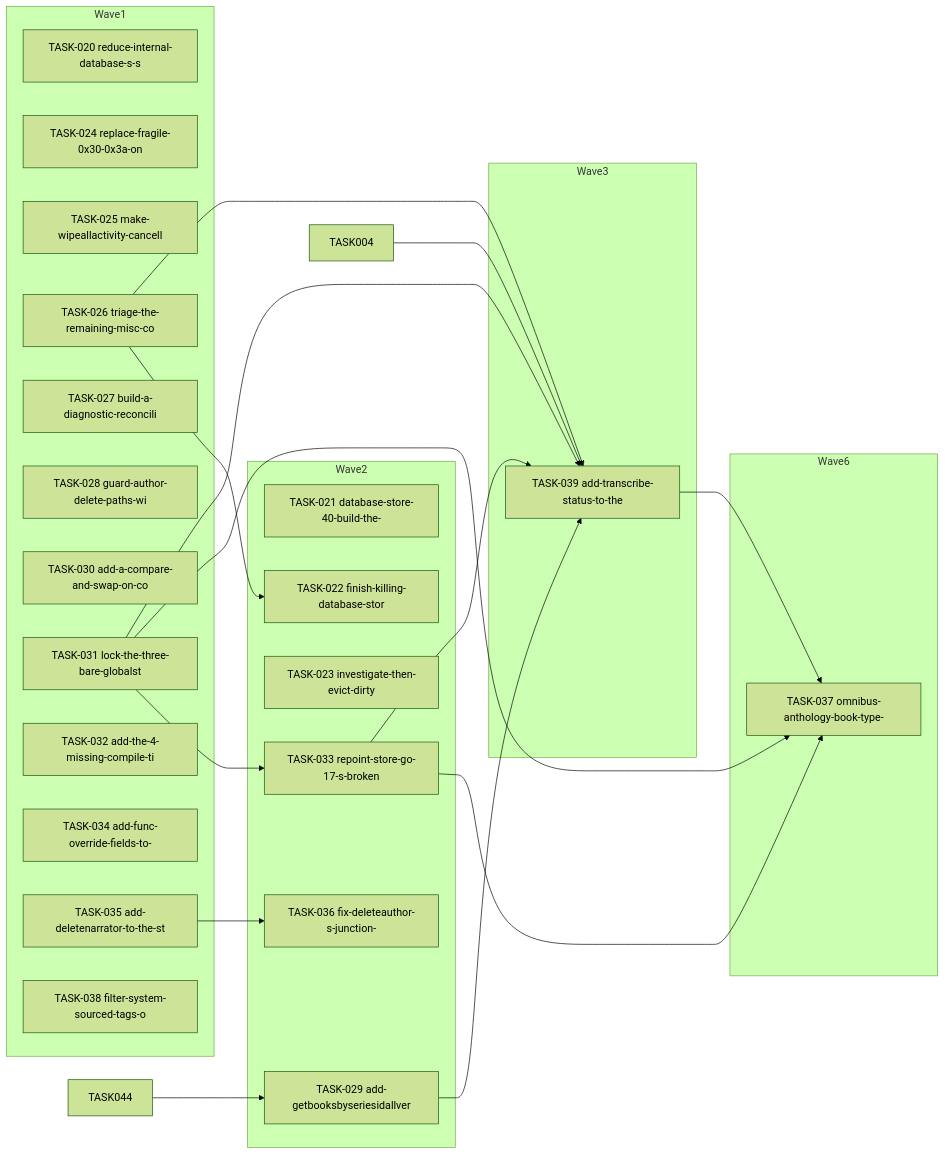
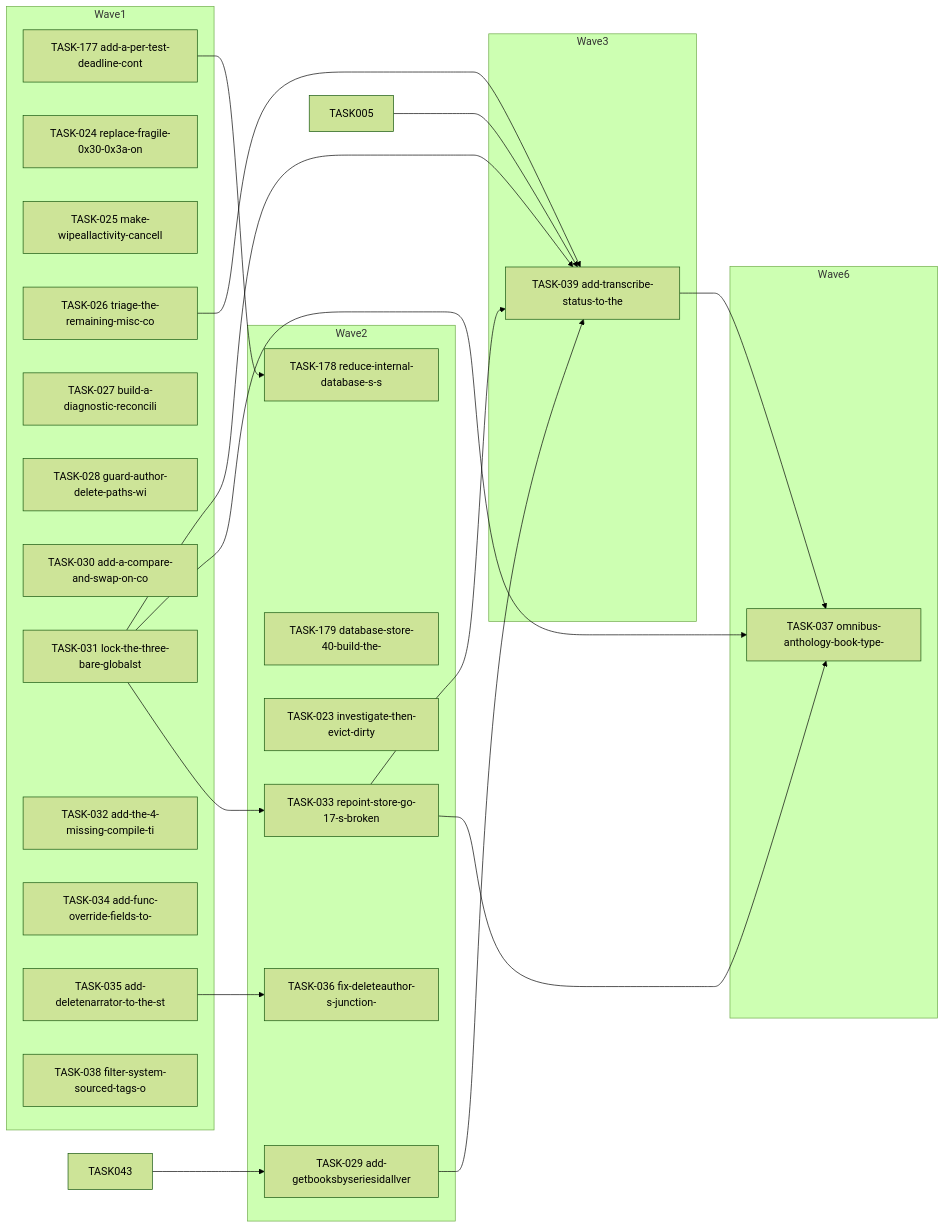
Before and after one commit to falkcorp/audiobook-organizer: the diagram in docs/agent-tasks/todo-completion/database/orchestration.md, drawn with Mermaid (forest theme). The commit also changed other lines of this file and 406 other files, not shown here.

````diff
--- a/docs/agent-tasks/todo-completion/database/orchestration.md
+++ b/docs/agent-tasks/todo-completion/database/orchestration.md
@@ -12,43 +12,43 @@
 ```mermaid
 flowchart LR
     subgraph Wave1
-      TASK020[TASK-020 reduce-internal-database-s-s]
+      TASK177[TASK-177 add-a-per-test-deadline-cont]
       TASK024[TASK-024 replace-fragile-0x30-0x3a-on]
       TASK025[TASK-025 make-wipeallactivity-cancell]
       TASK026[TASK-026 triage-the-remaining-misc-co]
       TASK027[TASK-027 build-a-diagnostic-reconcili]
       TASK028[TASK-028 guard-author-delete-paths-wi]
       TASK030[TASK-030 add-a-compare-and-swap-on-co]
       TASK031[TASK-031 lock-the-three-bare-globalst]
       TASK032[TASK-032 add-the-4-missing-compile-ti]
       TASK034[TASK-034 add-func-override-fields-to-]
       TASK035[TASK-035 add-deletenarrator-to-the-st]
       TASK038[TASK-038 filter-system-sourced-tags-o]
     end
     subgraph Wave2
-      TASK021[TASK-021 database-store-40-build-the-]
-      TASK022[TASK-022 finish-killing-database-stor]
+      TASK178[TASK-178 reduce-internal-database-s-s]
+      TASK179[TASK-179 database-store-40-build-the-]
       TASK023[TASK-023 investigate-then-evict-dirty]
       TASK029[TASK-029 add-getbooksbyseriesidallver]
       TASK033[TASK-033 repoint-store-go-17-s-broken]
       TASK036[TASK-036 fix-deleteauthor-s-junction-]
     end
     subgraph Wave3
       TASK039[TASK-039 add-transcribe-status-to-the]
     end
     subgraph Wave6
       TASK037[TASK-037 omnibus-anthology-book-type-]
     end
-    TASK004 --> TASK039
-    TASK026 --> TASK022
+    TASK005 --> TASK039
     TASK026 --> TASK039
     TASK029 --> TASK039
     TASK031 --> TASK033
     TASK031 --> TASK037
     TASK031 --> TASK039
     TASK033 --> TASK037
     TASK033 --> TASK039
     TASK035 --> TASK036
     TASK039 --> TASK037
-    TASK044 --> TASK029
+    TASK043 --> TASK029
+    TASK177 --> TASK178
 ```
````
